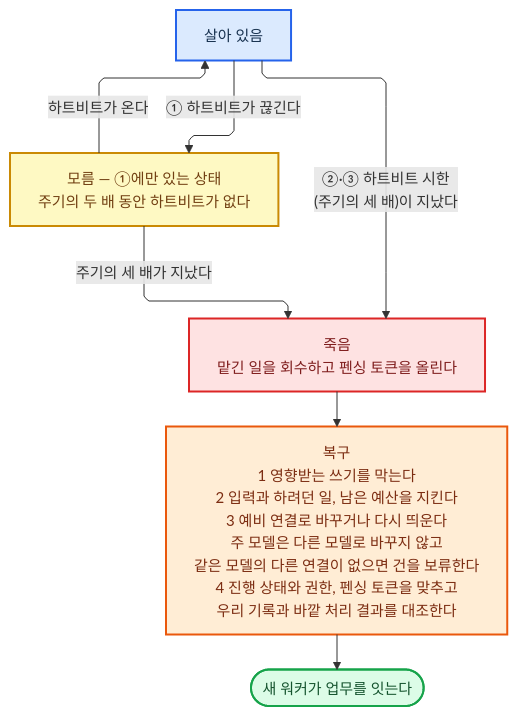
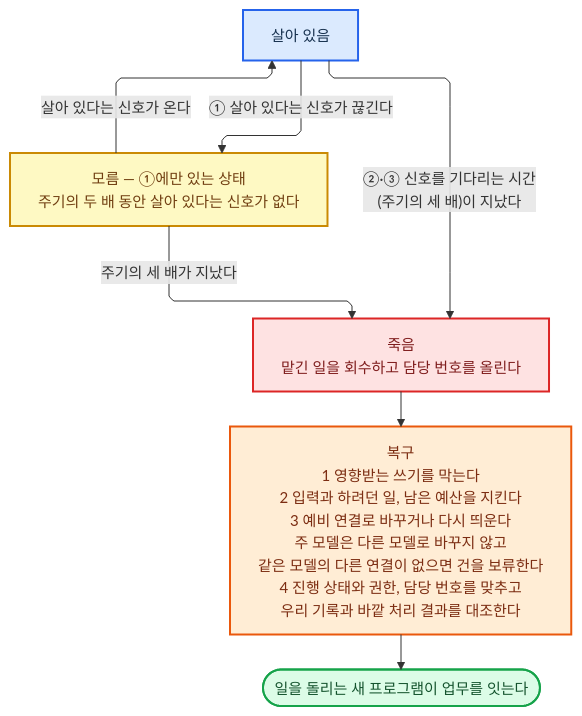
Before and after one commit to harisbaguette/expert: the first of 24 diagrams in 전문가 에이전트 정의 2.md, drawn with Mermaid. The commit also changed other lines of this file and 1 other file, not shown here.

````diff
--- a/전문가 에이전트 정의 2.md
+++ b/전문가 에이전트 정의 2.md
@@ -253,20 +148,20 @@
 ```mermaid
 %%{init: {"flowchart":{"wrappingWidth":640,"curve":"linear","nodeSpacing":45,"rankSpacing":55,"padding":14,"useMaxWidth":true,"defaultRenderer":"elk"},"themeVariables":{"fontSize":"15px"},"layout":"elk","elk":{"mergeEdges":false,"nodePlacementStrategy":"NETWORK_SIMPLEX","keepEntryNodeOnTop":true,"considerModelOrder":"PREFER_NODES","cycleBreakingStrategy":"MODEL_ORDER"}} }%%
 flowchart TB
-    N(["새 워커가 업무를 잇는다"]):::good
-    R["복구<br/>1 영향받는 쓰기를 막는다<br/>2 입력과 하려던 일, 남은 예산을 지킨다<br/>3 예비 연결로 바꾸거나 다시 띄운다<br/>주 모델은 다른 모델로 바꾸지 않고<br/>같은 모델의 다른 연결이 없으면 건을 보류한다<br/>4 진행 상태와 권한, 펜싱 토큰을 맞추고<br/>우리 기록과 바깥 처리 결과를 대조한다"]:::back
-    U["모름 — ①에만 있는 상태<br/>주기의 두 배 동안 하트비트가 없다"]:::note
-    D["죽음<br/>맡긴 일을 회수하고 펜싱 토큰을 올린다"]:::stop
+    N(["일을 돌리는 새 프로그램이 업무를 잇는다"]):::good
+    R["복구<br/>1 영향받는 쓰기를 막는다<br/>2 입력과 하려던 일, 남은 예산을 지킨다<br/>3 예비 연결로 바꾸거나 다시 띄운다<br/>주 모델은 다른 모델로 바꾸지 않고<br/>같은 모델의 다른 연결이 없으면 건을 보류한다<br/>4 진행 상태와 권한, 담당 번호를 맞추고<br/>우리 기록과 바깥 처리 결과를 대조한다"]:::back
+    U["모름 — ①에만 있는 상태<br/>주기의 두 배 동안 살아 있다는 신호가 없다"]:::note
+    D["죽음<br/>맡긴 일을 회수하고 담당 번호를 올린다"]:::stop
     A["살아 있음"]:::main
-    A -- "① 하트비트가 끊긴다" --> U
-    U -- "하트비트가 온다" --> A
-    A -- "②·③ 하트비트 시한<br/>(주기의 세 배)이 지났다" --> D
+    A -- "① 살아 있다는 신호가 끊긴다" --> U
+    U -- "살아 있다는 신호가 온다" --> A
+    A -- "②·③ 신호를 기다리는 시간<br/>(주기의 세 배)이 지났다" --> D
     D --> R
     R --> N
     U -- "주기의 세 배가 지났다" --> D
     classDef main fill:#dbeafe,stroke:#2563eb,stroke-width:2px,color:#17314f
     classDef good fill:#dcfce7,stroke:#16a34a,stroke-width:2px,color:#14532d
     classDef note fill:#fef9c3,stroke:#ca8a04,stroke-width:2px,color:#713f12
     classDef stop fill:#fee2e2,stroke:#dc2626,stroke-width:2px,color:#7f1d1d
     classDef back fill:#ffedd5,stroke:#ea580c,stroke-width:2px,color:#7c2d12
 ```
````
